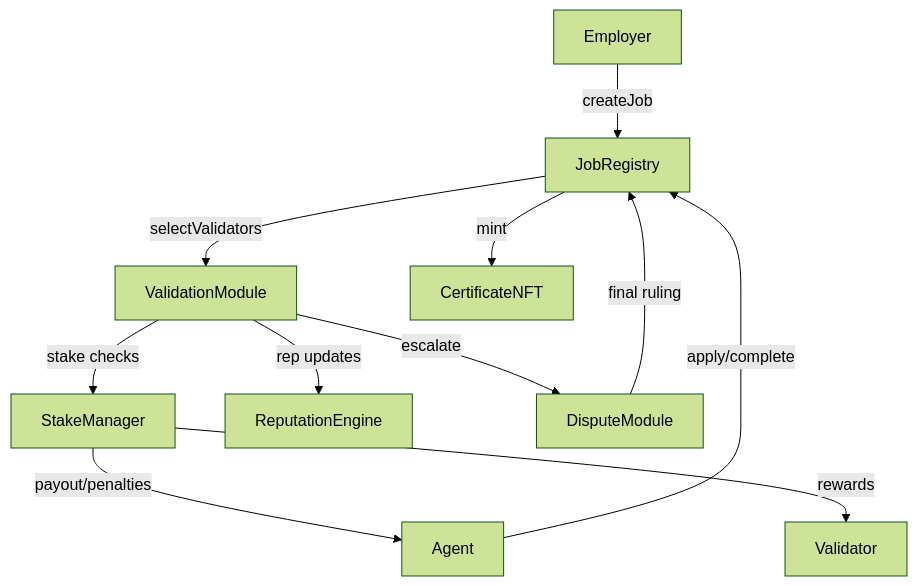
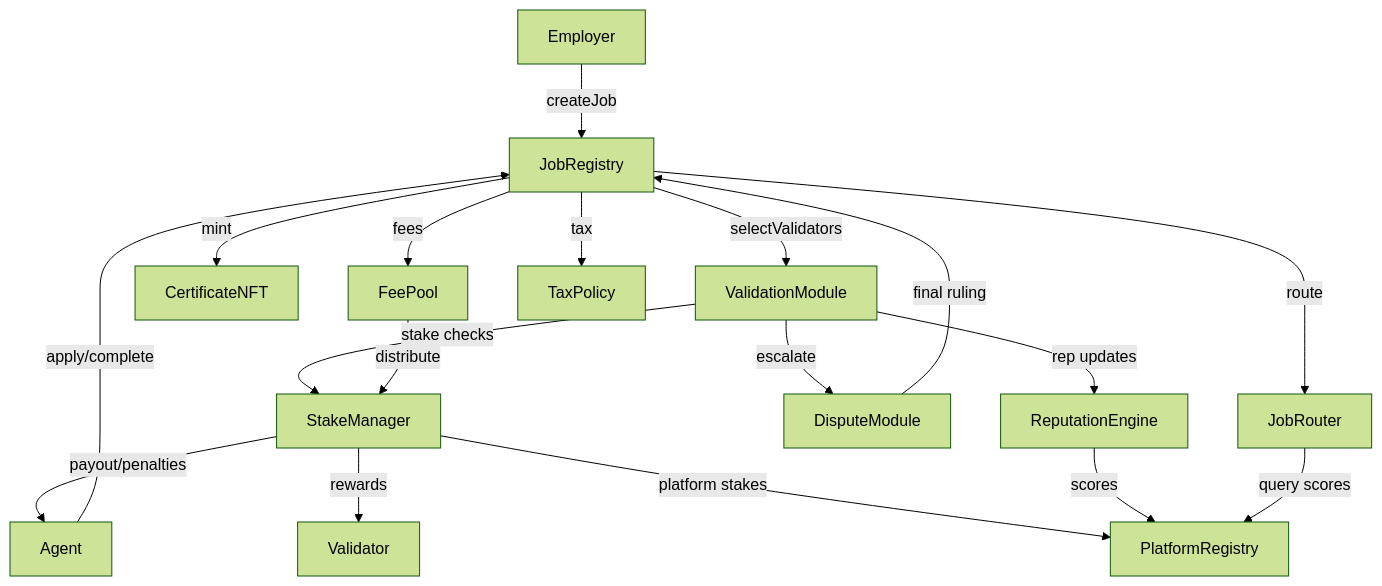
The first of 3 diagrams in docs/architecture-v2.md (MontrealAI/AGIJobsv0), drawn with Mermaid (forest theme) before and after one commit. The commit also changed 33 other files, not shown here.

````diff
--- a/docs/architecture-v2.md
+++ b/docs/architecture-v2.md
@@ -45,13 +45,20 @@
 ```mermaid
 graph TD
     Employer -->|createJob| JobRegistry
     Agent -->|apply/complete| JobRegistry
     JobRegistry -->|selectValidators| ValidationModule
     ValidationModule -->|stake checks| StakeManager
     ValidationModule -->|rep updates| ReputationEngine
     ValidationModule -->|escalate| DisputeModule
     DisputeModule -->|final ruling| JobRegistry
     JobRegistry -->|mint| CertificateNFT
+    JobRegistry -->|fees| FeePool
+    JobRegistry -->|tax| TaxPolicy
     StakeManager -->|payout/penalties| Agent
     StakeManager -->|rewards| Validator
+    StakeManager -->|platform stakes| PlatformRegistry
+    ReputationEngine -->|scores| PlatformRegistry
+    JobRegistry -->|route| JobRouter
+    JobRouter -->|query scores| PlatformRegistry
+    FeePool -->|distribute| StakeManager
 ```
````
